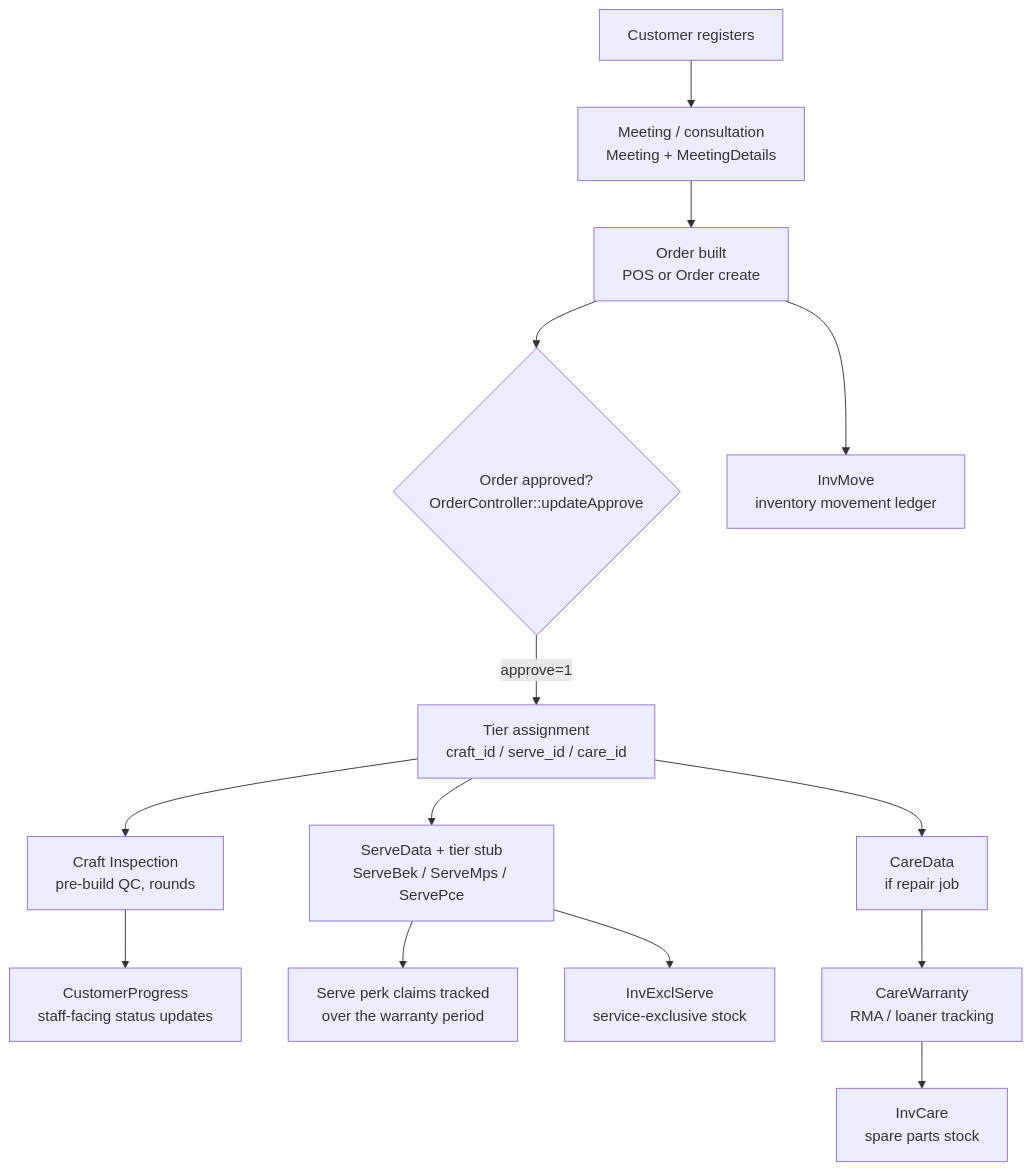
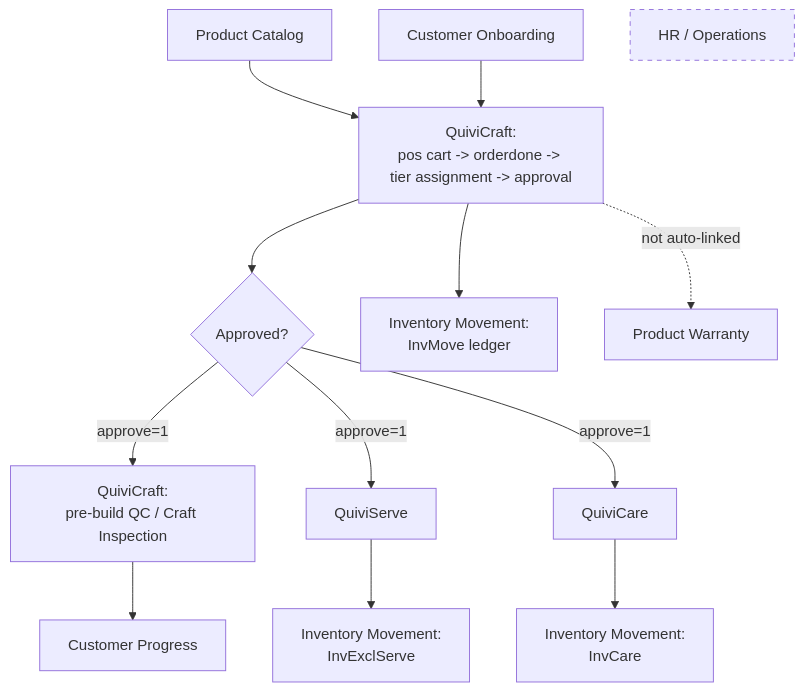
Before and after one commit to megatex123/inventory-management: the diagram in docs/QuiviTech/Workflow.md, drawn with Mermaid. The commit also changed other lines of this file and 14 other files, not shown here.

````diff
--- a/docs/QuiviTech/Workflow.md
+++ b/docs/QuiviTech/Workflow.md
@@ -11,16 +11,16 @@
 ```mermaid
 flowchart TD
-    A[Customer registers] --> B[Meeting / consultation<br/>Meeting + MeetingDetails]
-    B --> C[Order built<br/>POS or Order create]
-    C --> D{Order approved?<br/>OrderController::updateApprove}
-    D -- approve=1 --> E[Tier assignment<br/>craft_id / serve_id / care_id]
-    E --> F[Craft Inspection<br/>pre-build QC, rounds]
-    E --> G[ServeData + tier stub<br/>ServeBek / ServeMps / ServePce]
-    E --> H[CareData<br/>if repair job]
-    G --> I[Serve perk claims tracked<br/>over the warranty period]
-    H --> J[CareWarranty<br/>RMA / loaner tracking]
-    J --> K[InvCare<br/>spare parts stock]
-    G --> L[InvExclServe<br/>service-exclusive stock]
-    C --> M[InvMove<br/>inventory movement ledger]
-    F --> N[CustomerProgress<br/>staff-facing status updates]
+    P0[Product Catalog] --> C
+    A[Customer Onboarding] --> C
+    C[QuiviCraft:<br/>pos cart -> orderdone -> tier assignment -> approval] --> D{Approved?}
+    D -- approve=1 --> F[QuiviCraft:<br/>pre-build QC / Craft Inspection]
+    D -- approve=1 --> G[QuiviServe]
+    D -- approve=1 --> H[QuiviCare]
+    G --> L[Inventory Movement:<br/>InvExclServe]
+    H --> K[Inventory Movement:<br/>InvCare]
+    C --> M[Inventory Movement:<br/>InvMove ledger]
+    F --> N[Customer Progress]
+    C -.not auto-linked.-> PW[Product Warranty]
+    OPS[HR / Operations]:::detached
+    classDef detached stroke-dasharray: 5 5
 ```
````
